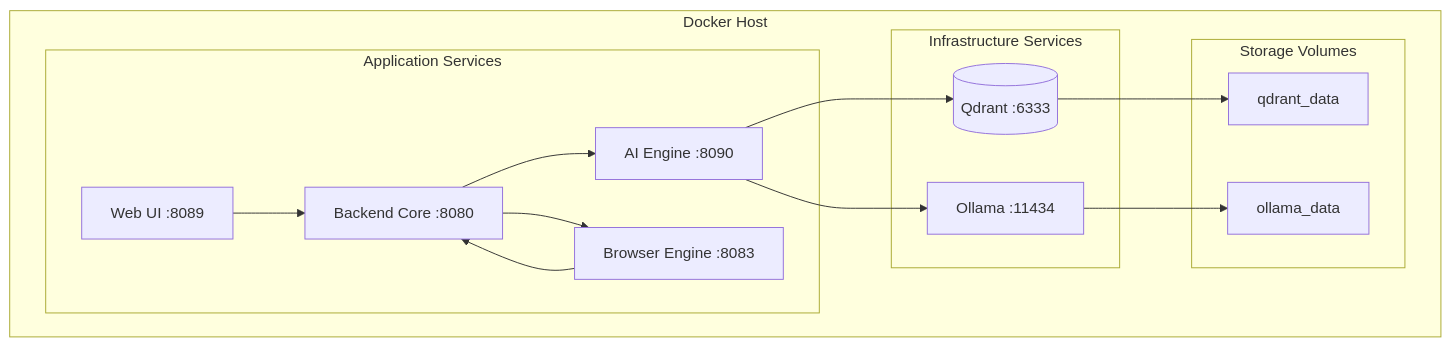
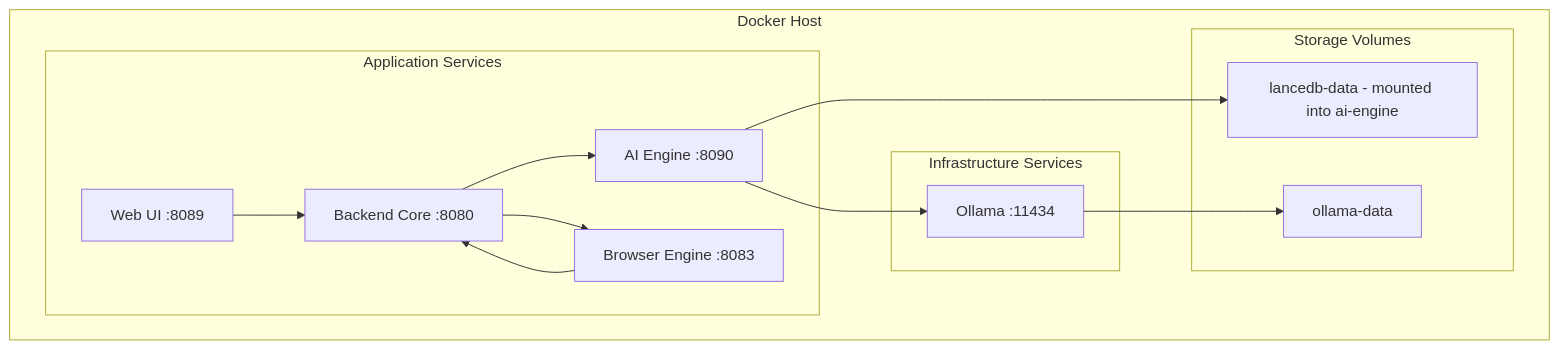
Before and after one commit to berdyh/tab-organizer: the fifth of 6 diagrams in docs/ARCHITECTURE.md, drawn with Mermaid. The commit also changed other lines of this file and 9 other files, not shown here.

````diff
--- a/docs/ARCHITECTURE.md
+++ b/docs/ARCHITECTURE.md
@@ -229,32 +229,29 @@
 ```mermaid
 graph TB
     subgraph "Docker Host"
         subgraph "Application Services"
             UI[Web UI :8089]
             Backend[Backend Core :8080]
             AI[AI Engine :8090]
             Browser[Browser Engine :8083]
         end
         
         subgraph "Infrastructure Services"
-            QDRANT[(Qdrant :6333)]
             OLLAMA[Ollama :11434]
         end
         
         subgraph "Storage Volumes"
-            V1[qdrant_data]
-            V2[ollama_data]
+            V1[lancedb-data - mounted into ai-engine]
+            V2[ollama-data]
         end
     end
     
     UI --> Backend
     Backend --> AI
     Backend --> Browser
     Browser --> Backend
     
-    AI --> QDRANT
     AI --> OLLAMA
-    
-    QDRANT --> V1
+    AI --> V1
     OLLAMA --> V2
 ```
````
